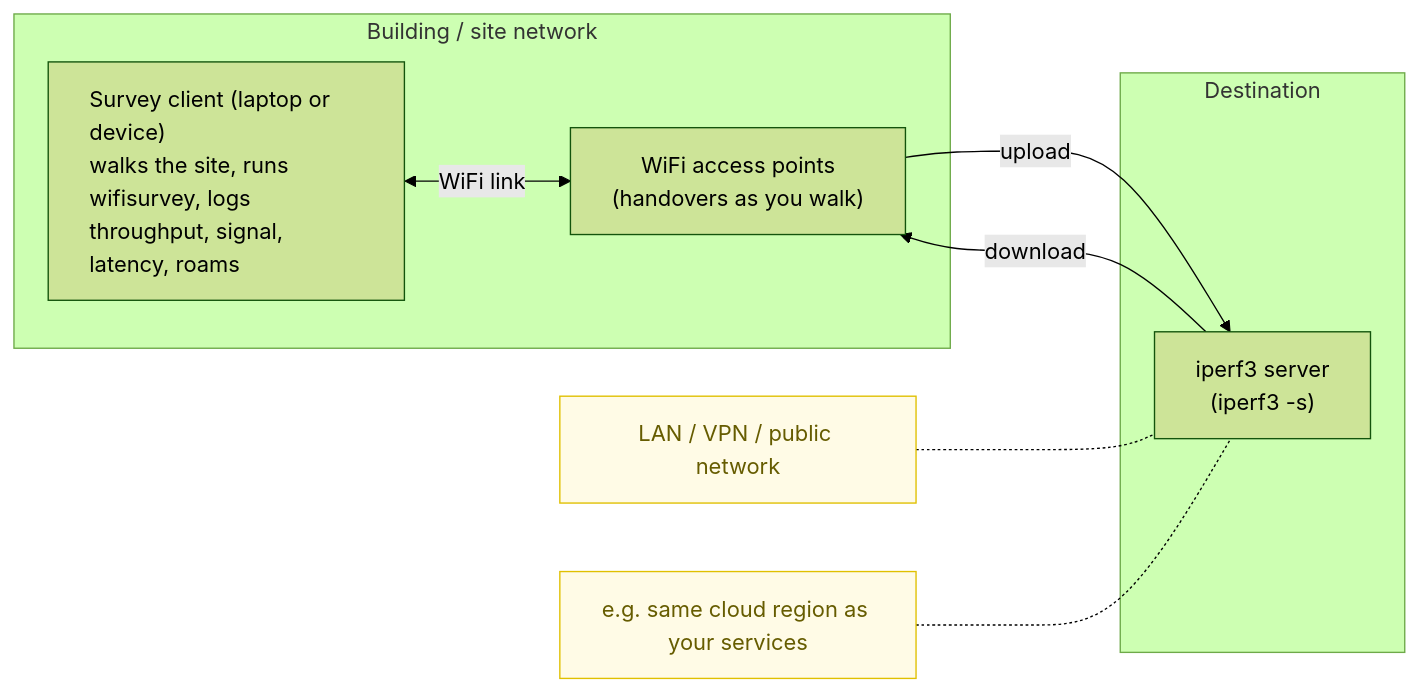
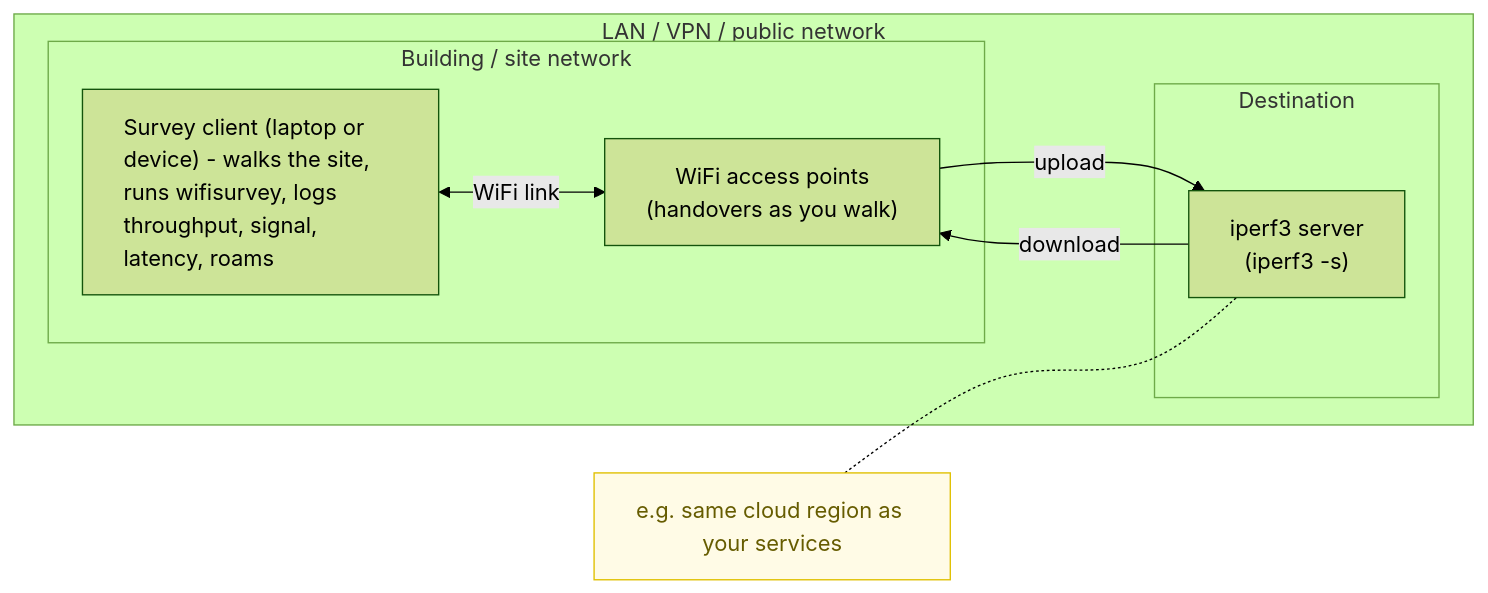
The diagram in README.md (smallwat3r/wifisurvey), drawn with Mermaid (forest theme) before and after one commit.

Commit message:
Update graph

````diff
--- a/README.md
+++ b/README.md
@@ -23,24 +23,24 @@
 ```mermaid
 flowchart LR
-    subgraph site["Building / site network"]
-        dev["<div style='text-align:left'>Survey client (laptop or device)<br/>walks the site, runs wifisurvey, logs throughput, signal, latency, roams</div>"]
-        ap["WiFi access points<br/>(handovers as you walk)"]
+    subgraph net["LAN / VPN / public network"]
+        subgraph site["Building / site network"]
+            dev["<div style='text-align:left'>Survey client (laptop or device) - walks the site, runs wifisurvey, logs throughput, signal, latency, roams</div>"]
+            ap["WiFi access points<br/>(handovers as you walk)"]
+        end
+
+        subgraph infra["Destination"]
+            srv["iperf3 server<br/>(iperf3 -s)"]
+        end
     end
 
-    subgraph infra["Destination"]
-        srv["iperf3 server<br/>(iperf3 -s)"]
-    end
-
-    pathNote["LAN / VPN / public network"]
     destNote["e.g. same cloud region as your services"]
 
     dev <-- WiFi link --> ap
     ap -- upload --> srv
     srv -- download --> ap
 
-    pathNote -.- srv
     destNote -.- srv
 
     classDef note fill:#fffbe6,stroke:#e0c000,color:#665c00
-    class pathNote,destNote note
+    class destNote note
 ```
````
